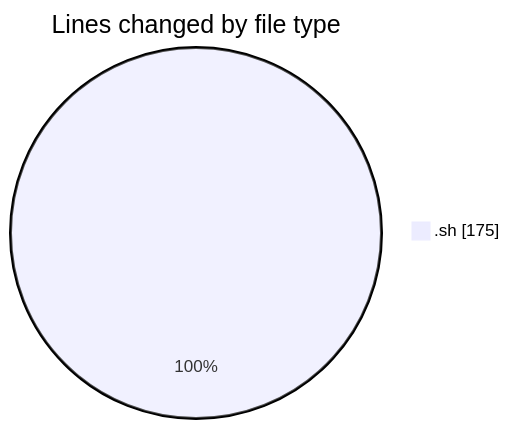
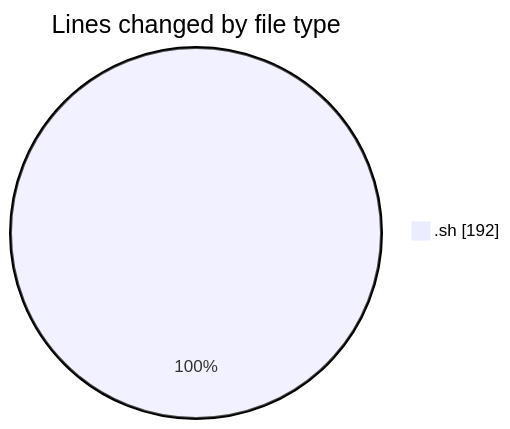
Before and after one commit to ricardozamudiocil/code-tracking: the first of 2 diagrams in 2026-11-10/scripts/README.md, drawn with Mermaid. The commit also changed other lines of this file and 1 other file, not shown here.

````diff
--- a/2026-11-10/scripts/README.md
+++ b/2026-11-10/scripts/README.md
@@ -20,5 +20,5 @@
 ```mermaid
 pie showData
 title Lines changed by file type
-".sh" : 175
+".sh" : 192
 ```
````
